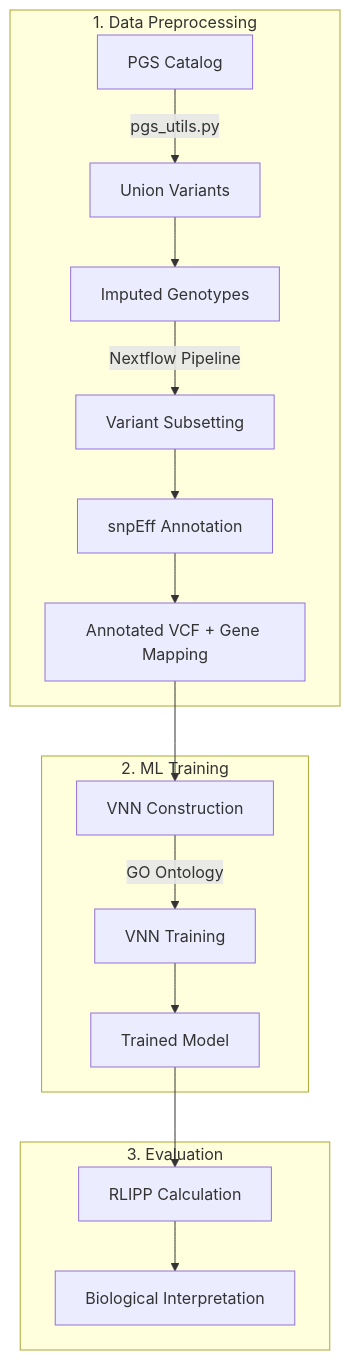
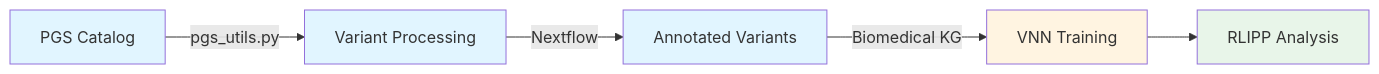
The diagram in README.md (AIxBHub/XPGS), drawn with Mermaid before and after one commit. The commit also changed other lines of this file, not shown here.

Commit message:
reorg pipeline

````diff
--- a/README.md
+++ b/README.md
@@ -7,21 +7,13 @@
 ```mermaid
-flowchart TB
-    subgraph "1. Data Preprocessing"
-        A[PGS Catalog] -->|pgs_utils.py| B[Union Variants]
-        B --> C[Imputed Genotypes]
-        C -->|Nextflow Pipeline| D[Variant Subsetting]
-        D --> E[snpEff Annotation]
-        E --> F[Annotated VCF + Gene Mapping]
-    end
+flowchart LR
+    A[PGS Catalog] -->|pgs_utils.py| B[Variant Processing]
+    B -->|Nextflow| C[Annotated Variants]
+    C -->|Biomedical KG| D[VNN Training]
+    D --> E[RLIPP Analysis]
 
-    subgraph "2. ML Training"
-        F --> G[VNN Construction]
-        G -->|GO Ontology| H[VNN Training]
-        H --> I[Trained Model]
-    end
-
-    subgraph "3. Evaluation"
-        I --> J[RLIPP Calculation]
-        J --> K[Biological Interpretation]
-    end
+    style A fill:#e1f5ff
+    style B fill:#e1f5ff
+    style C fill:#e1f5ff
+    style D fill:#fff4e1
+    style E fill:#e8f5e9
 ```
````
